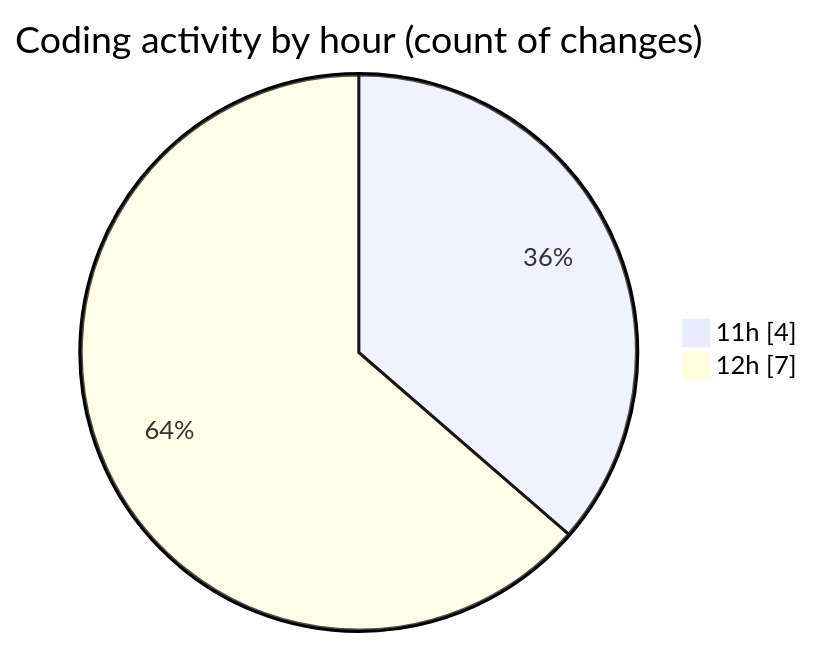
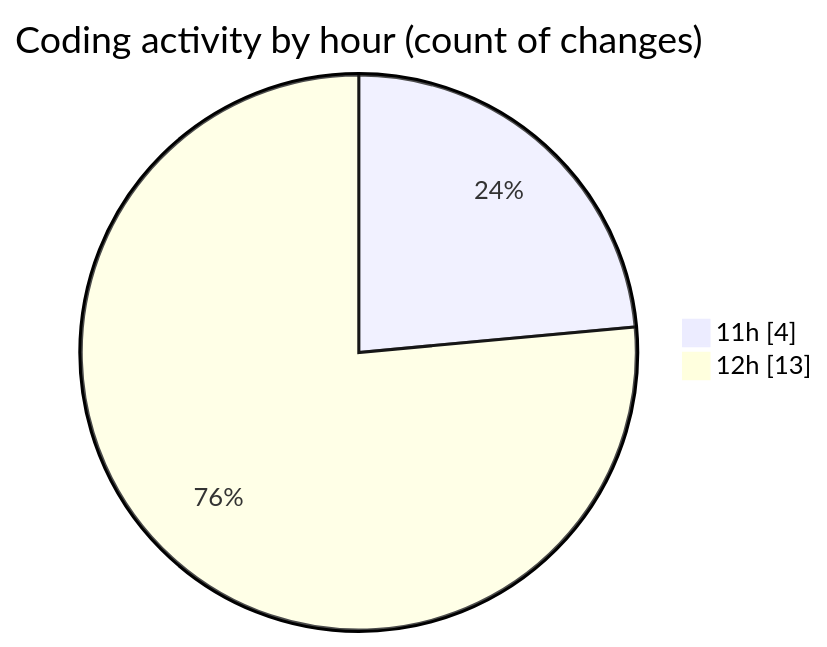
One commit to LanceThiago/code-tracking changed the second of 2 diagrams in 2025-01-22/includes/README.md. Above: the diagram before and after it, drawn with Mermaid. The commit also changed other lines of this file and 1 other file, not shown here.

````diff
--- a/2025-01-22/includes/README.md
+++ b/2025-01-22/includes/README.md
@@ -28,6 +29,6 @@
 ```mermaid
 pie showData
 title Coding activity by hour (count of changes)
 "11h" : 4
-"12h" : 7
+"12h" : 13
 ```
````
